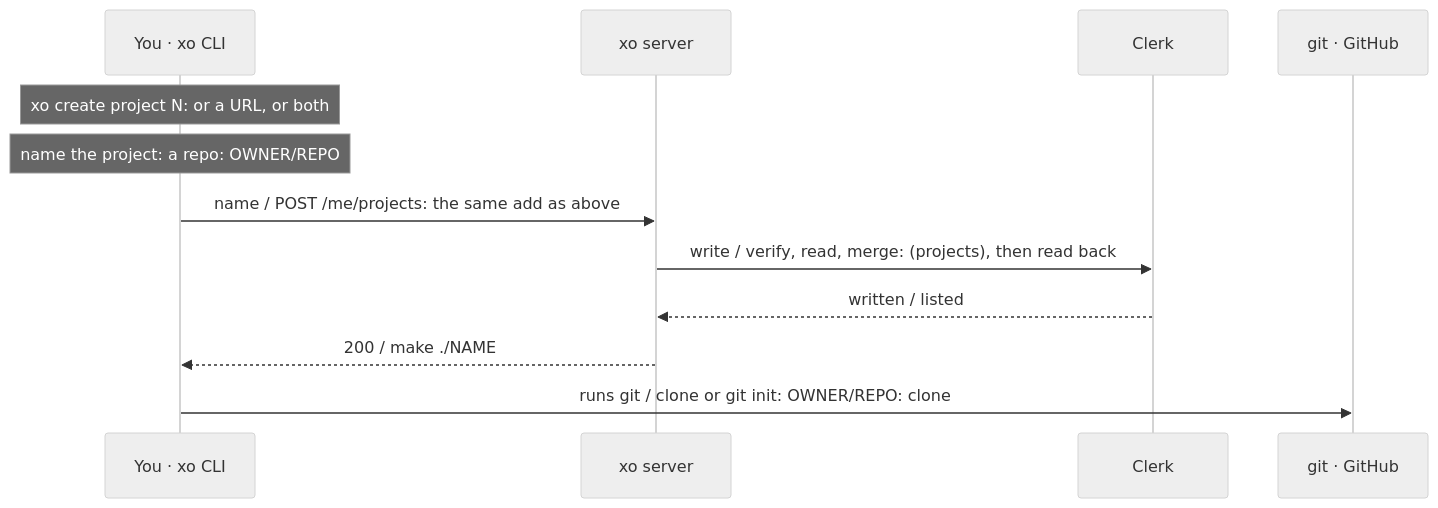
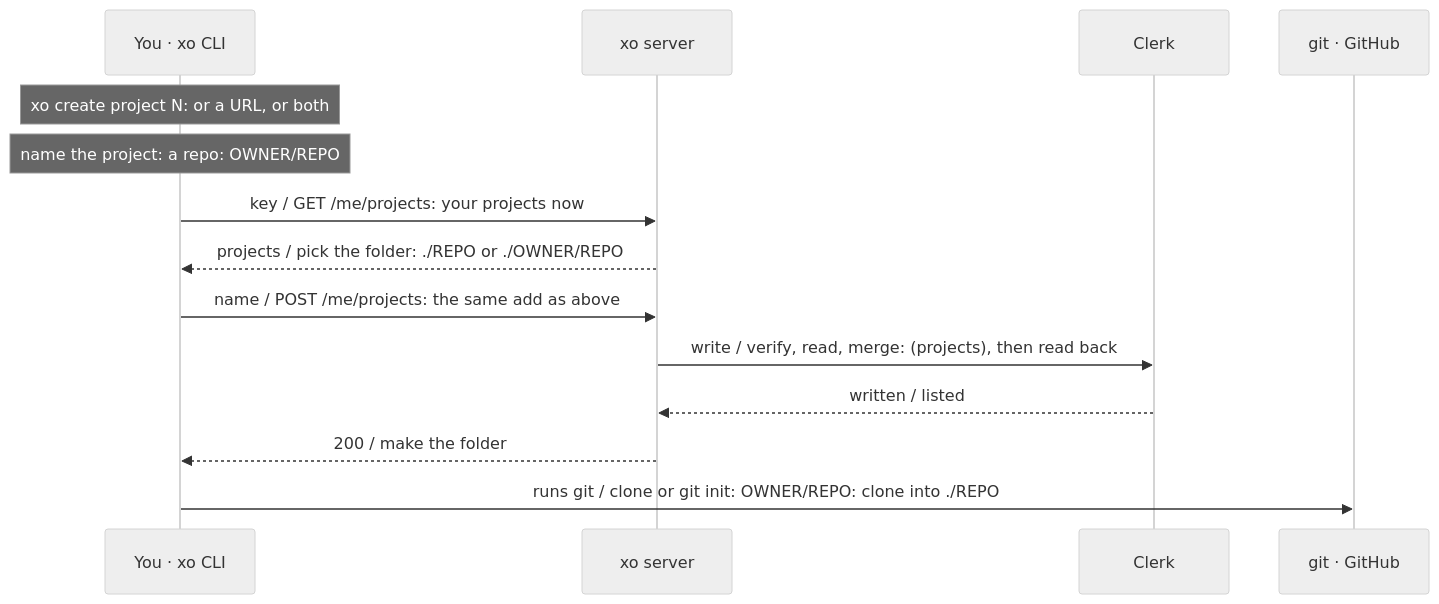
Diagram 13 of 31 in docs/architecture.md (quirq-ai/xo), drawn with Mermaid (neutral theme) before and after one commit. The commit also changed other lines of this file and 11 other files, not shown here.

````diff
--- a/docs/architecture.md
+++ b/docs/architecture.md
@@ -269,14 +289,16 @@
 ```mermaid
 sequenceDiagram
   participant Cli as You · xo CLI
   participant Srv as xo server
   participant Clerk as Clerk
   participant Git as git · GitHub
   Note over Cli: xo create project N: or a URL, or both
   Note over Cli: name the project: a repo: OWNER/REPO
+  Cli->>Srv: key / GET /me/projects: your projects now
+  Srv-->>Cli: projects / pick the folder: ./REPO or ./OWNER/REPO
   Cli->>Srv: name / POST /me/projects: the same add as above
   Srv->>Clerk: write / verify, read, merge: (projects), then read back
   Clerk-->>Srv: written / listed
-  Srv-->>Cli: 200 / make ./NAME
-  Cli->>Git: runs git / clone or git init: OWNER/REPO: clone
+  Srv-->>Cli: 200 / make the folder
+  Cli->>Git: runs git / clone or git init: OWNER/REPO: clone into ./REPO
 ```
````
